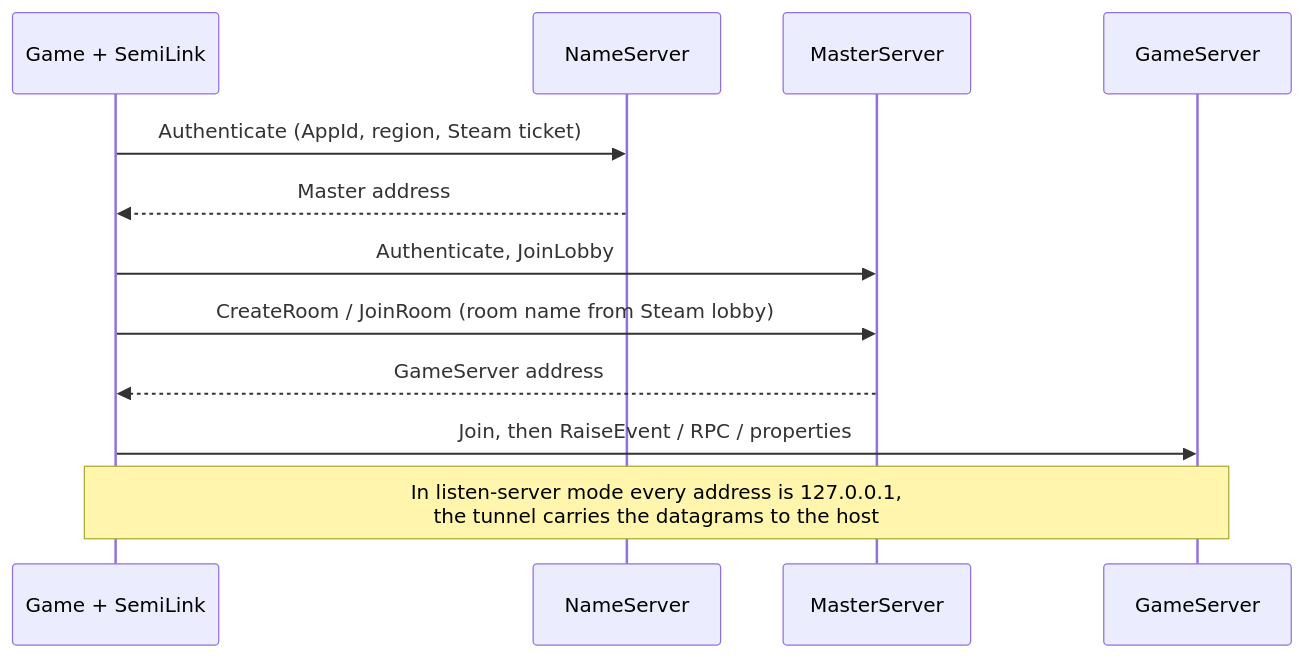
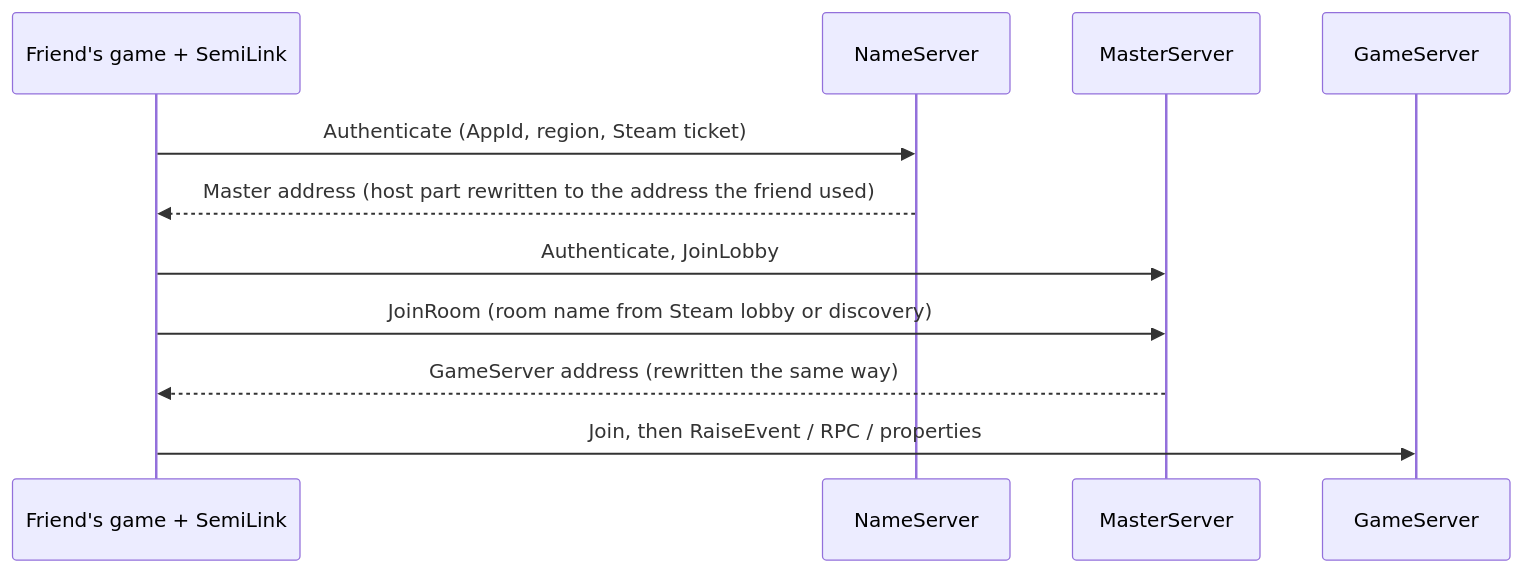
The fourth of 4 diagrams in docs/architecture.md (haulnet/haulnet-repo), drawn with Mermaid before and after one commit. The commit also changed other lines of this file and 15 other files, not shown here.

````diff
--- a/docs/architecture.md
+++ b/docs/architecture.md
@@ -88,14 +93,13 @@
 ```mermaid
 sequenceDiagram
-    participant G as Game + SemiLink
+    participant G as Friend's game + SemiLink
     participant N as NameServer
     participant M as MasterServer
     participant GS as GameServer
     G->>N: Authenticate (AppId, region, Steam ticket)
-    N-->>G: Master address
+    N-->>G: Master address (host part rewritten to the address the friend used)
     G->>M: Authenticate, JoinLobby
-    G->>M: CreateRoom / JoinRoom (room name from Steam lobby)
-    M-->>G: GameServer address
+    G->>M: JoinRoom (room name from Steam lobby or discovery)
+    M-->>G: GameServer address (rewritten the same way)
     G->>GS: Join, then RaiseEvent / RPC / properties
-    Note over G,GS: In listen-server mode every address is 127.0.0.1,<br/>the tunnel carries the datagrams to the host
 ```
````
